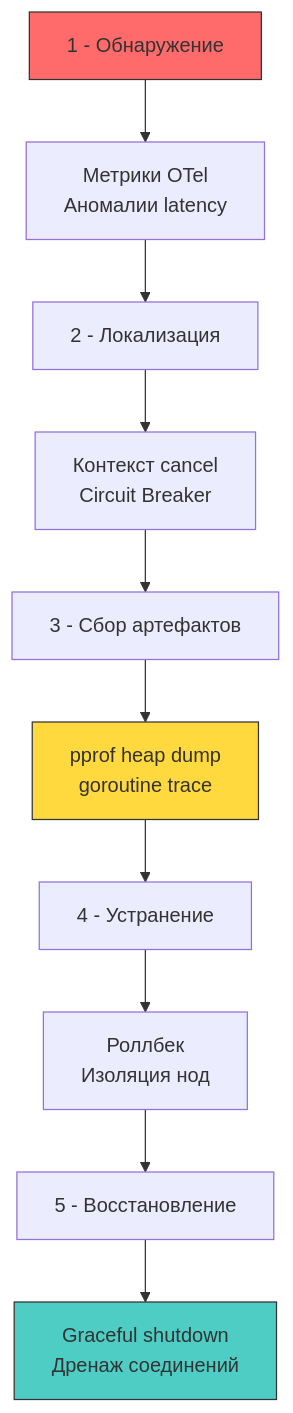
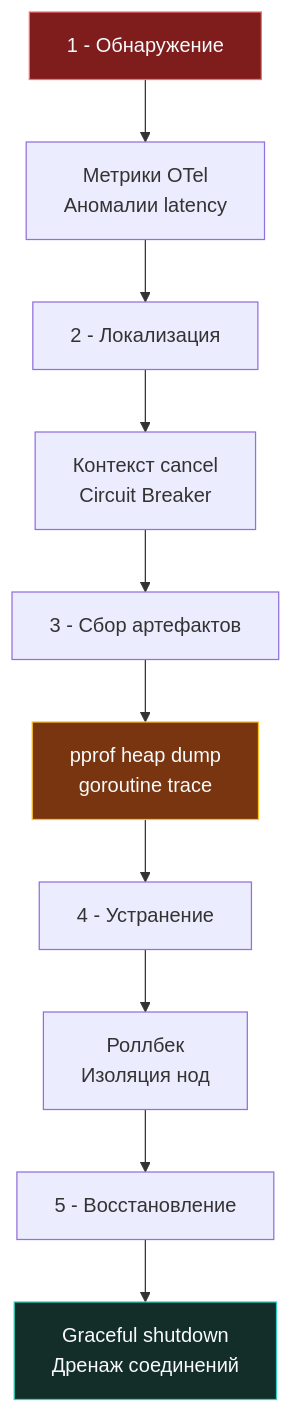
Before and after one commit to UnrealTemplier/go-textbook: the diagram in sources/17. Безопасность (AppSec в Go)/07. Практика/4. Incident response.md, drawn with Mermaid. The commit also changed 310 other files, not shown here.

First line of the commit message:
fix(mermaid): replace light fill colors with dark palette for readability on dark theme

````diff
--- a/sources/17. Безопасность (AppSec в Go)/07. Практика/4. Incident response.md
+++ b/sources/17. Безопасность (AppSec в Go)/07. Практика/4. Incident response.md
@@ -11,16 +11,16 @@
 ```mermaid
 flowchart TD
     A["1 - Обнаружение"] --> B["Метрики OTel<br>Аномалии latency"]
     B --> C["2 - Локализация"]
     C --> D["Контекст cancel<br>Circuit Breaker"]
     D --> E["3 - Сбор артефактов"]
     E --> F["pprof heap dump<br>goroutine trace"]
     F --> G["4 - Устранение"]
     G --> H["Роллбек<br>Изоляция нод"]
     H --> I["5 - Восстановление"]
     I --> J["Graceful shutdown<br>Дренаж соединений"]
     
-    style A fill:#ff6b6b,stroke:#333
-    style F fill:#ffd93d,stroke:#333
-    style J fill:#4ecdc4,stroke:#333
+    style A fill:#7f1d1d,stroke:#f87171,color:#f8fafc
+    style F fill:#78350f,stroke:#fbbf24,color:#f8fafc
+    style J fill:#132d29,stroke:#2dd4bf,color:#f8fafc
 ```
````
